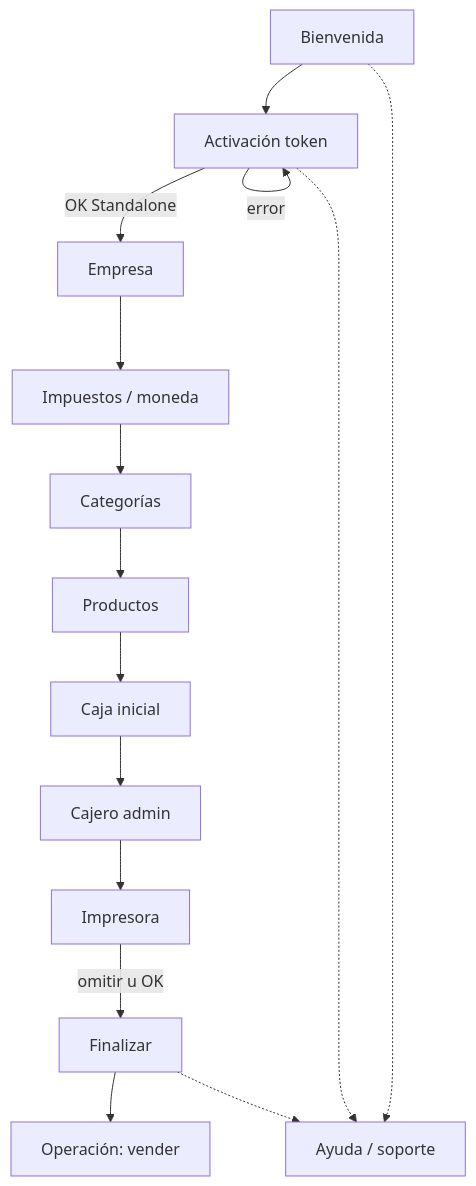
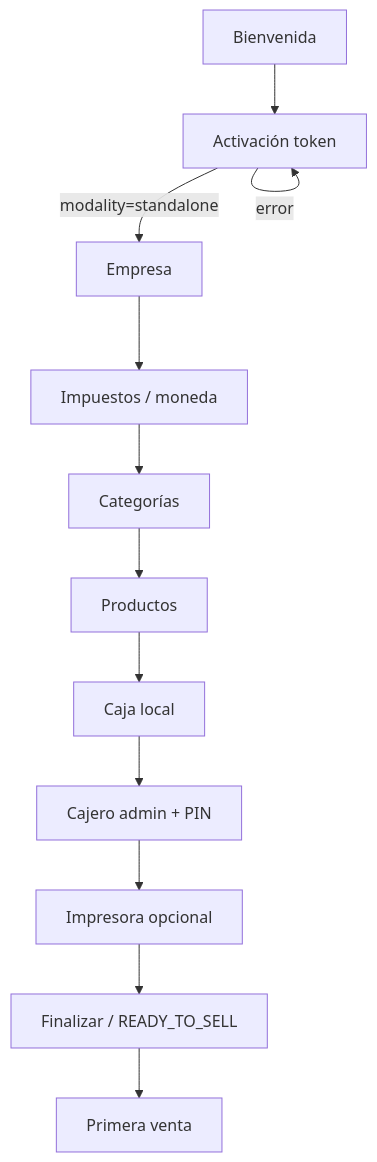
One commit to shidalgo0925/Easy-NodeOne changed the diagram in docs/ADR-033-STANDALONE-ONBOARDING-ASSISTANT.md. Above: the diagram before and after it, drawn with Mermaid. The commit also changed other lines of this file and 6 other files, not shown here.

````diff
--- a/docs/ADR-033-STANDALONE-ONBOARDING-ASSISTANT.md
+++ b/docs/ADR-033-STANDALONE-ONBOARDING-ASSISTANT.md
@@ -43,17 +62,14 @@
 ```mermaid
 flowchart TD
   W[Bienvenida] --> ACT[Activación token]
-  ACT -->|OK Standalone| EMP[Empresa]
+  ACT -->|modality=standalone| EMP[Empresa]
   ACT -->|error| ACT
   EMP --> IMP[Impuestos / moneda]
   IMP --> CAT[Categorías]
   CAT --> PRO[Productos]
-  PRO --> CAJA[Caja inicial]
-  CAJA --> CAJ[Cajero admin]
-  CAJ --> PRINT[Impresora]
-  PRINT -->|omitir u OK| FIN[Finalizar]
-  FIN --> SALE[Operación: vender]
-  W -.-> HELP[Ayuda / soporte]
-  ACT -.-> HELP
-  FIN -.-> HELP
+  PRO --> CAJA[Caja local]
+  CAJA --> CAJ[Cajero admin + PIN]
+  CAJ --> PRINT[Impresora opcional]
+  PRINT --> FIN[Finalizar / READY_TO_SELL]
+  FIN --> SALE[Primera venta]
 ```
````
